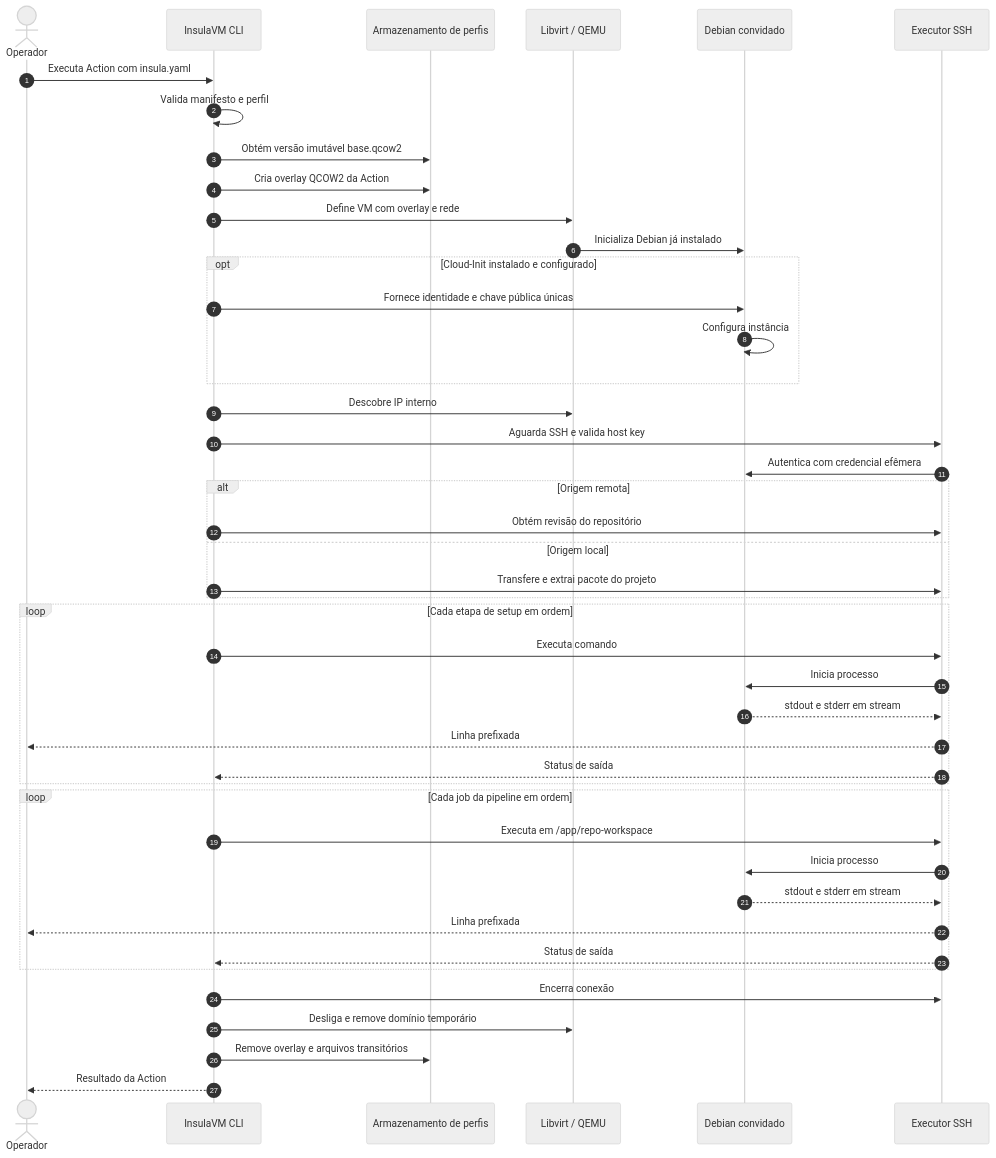
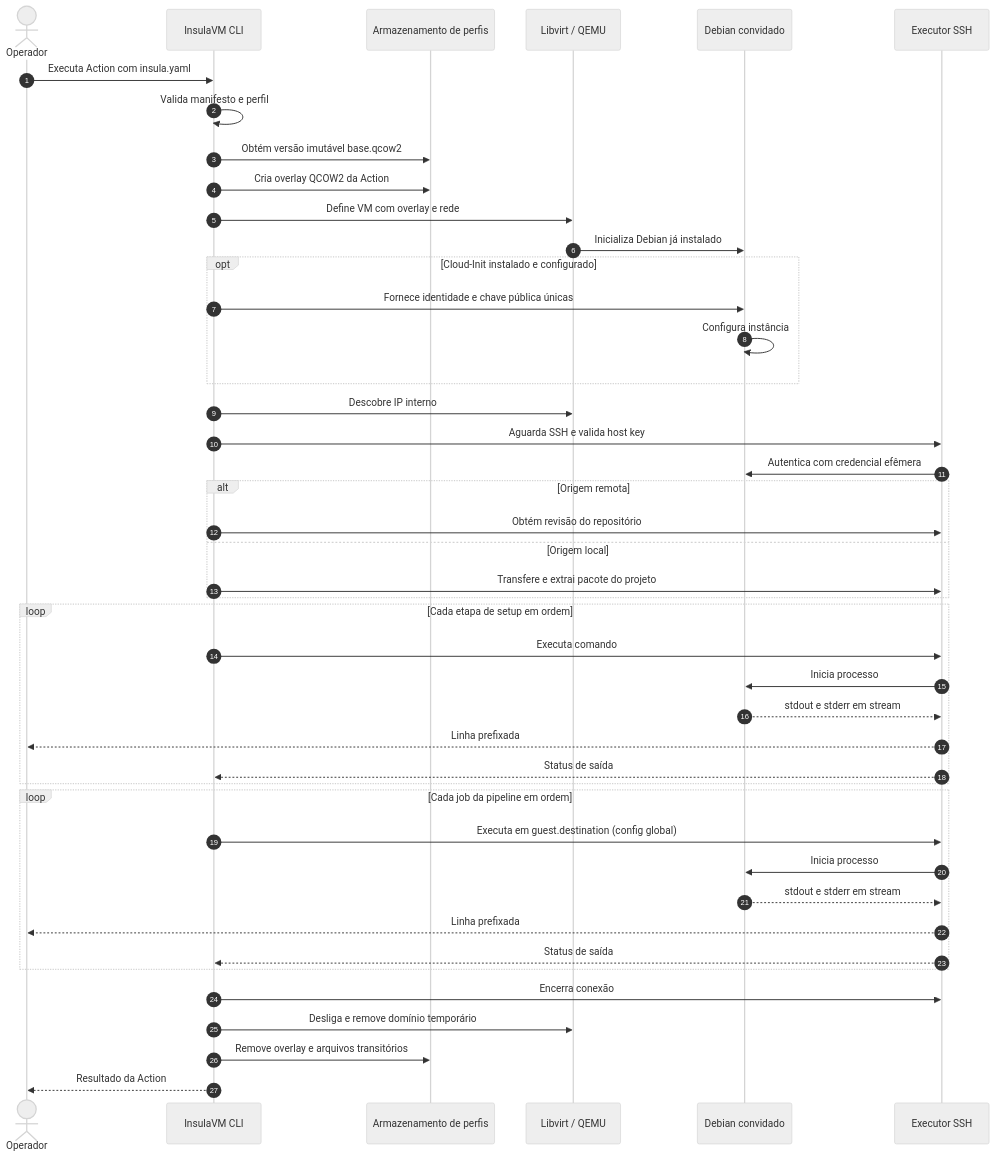
The diagram in docs/fluxos/FLUX-001-execucao-manifesto.md (ahhvahh/InsulaVM), drawn with Mermaid (neutral theme) before and after one commit. The commit also changed other lines of this file, not shown here.

Commit message:
docs: align architecture and Action flow with shared guest target and SSH provisioning

````diff
--- a/docs/fluxos/FLUX-001-execucao-manifesto.md
+++ b/docs/fluxos/FLUX-001-execucao-manifesto.md
@@ -31,46 +31,46 @@
 ```mermaid
 sequenceDiagram
     autonumber
     actor O as Operador
     participant C as InsulaVM CLI
     participant P as Armazenamento de perfis
     participant V as Libvirt / QEMU
     participant D as Debian convidado
     participant S as Executor SSH
     O->>C: Executa Action com insula.yaml
     C->>C: Valida manifesto e perfil
     C->>P: Obtém versão imutável base.qcow2
     C->>P: Cria overlay QCOW2 da Action
     C->>V: Define VM com overlay e rede
     V->>D: Inicializa Debian já instalado
     opt Cloud-Init instalado e configurado
         C->>D: Fornece identidade e chave pública únicas
         D->>D: Configura instância
     end
     C->>V: Descobre IP interno
     C->>S: Aguarda SSH e valida host key
     S->>D: Autentica com credencial efêmera
     alt Origem remota
         C->>S: Obtém revisão do repositório
     else Origem local
         C->>S: Transfere e extrai pacote do projeto
     end
     loop Cada etapa de setup em ordem
         C->>S: Executa comando
         S->>D: Inicia processo
         D-->>S: stdout e stderr em stream
         S-->>O: Linha prefixada
         S-->>C: Status de saída
     end
     loop Cada job da pipeline em ordem
-        C->>S: Executa em /app/repo-workspace
+        C->>S: Executa em guest.destination (config global)
         S->>D: Inicia processo
         D-->>S: stdout e stderr em stream
         S-->>O: Linha prefixada
         S-->>C: Status de saída
     end
     C->>S: Encerra conexão
     C->>V: Desliga e remove domínio temporário
     C->>P: Remove overlay e arquivos transitórios
     C-->>O: Resultado da Action
 ```
````
